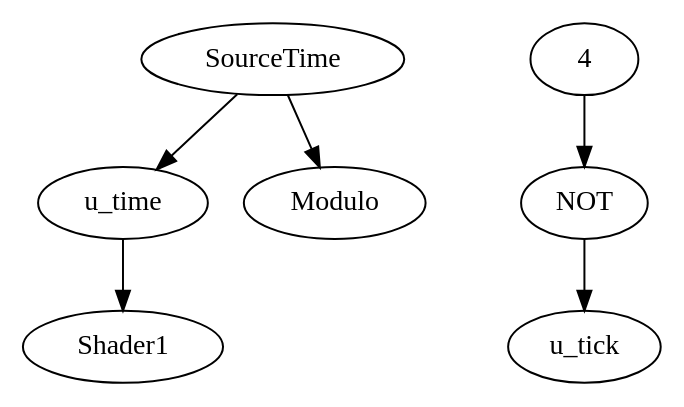
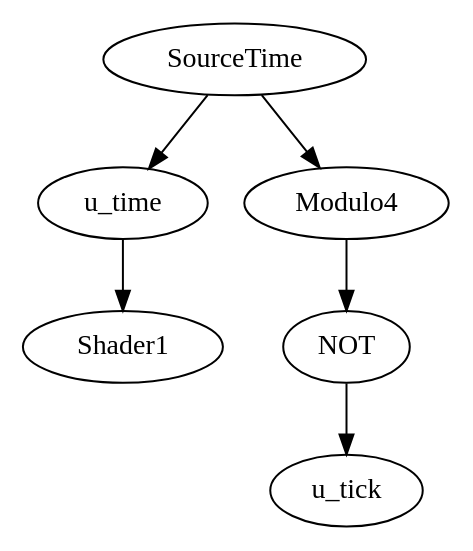
The second of 3 diagrams in PLAN.org (cyberboy666/c_o_n_j_u_r), drawn with Graphviz before and after one commit. The commit also changed other lines of this file and 12 other files, not shown here.

```diff
--- a/PLAN.org
+++ b/PLAN.org
@@ -44,9 +50,9 @@
 #+BEGIN_SRC dot :file foo.png
 digraph G  {
  // SourceTime -> Value -> Extract etc.
  SourceTime -> u_time
  u_tick [type=bool, default=false]
- SourceTime -> Modulo 4 ->  NOT -> u_tick 
+ SourceTime -> Modulo4 ->  NOT -> u_tick 
  u_time -> Shader1
 }
 #+END_SRC
```
